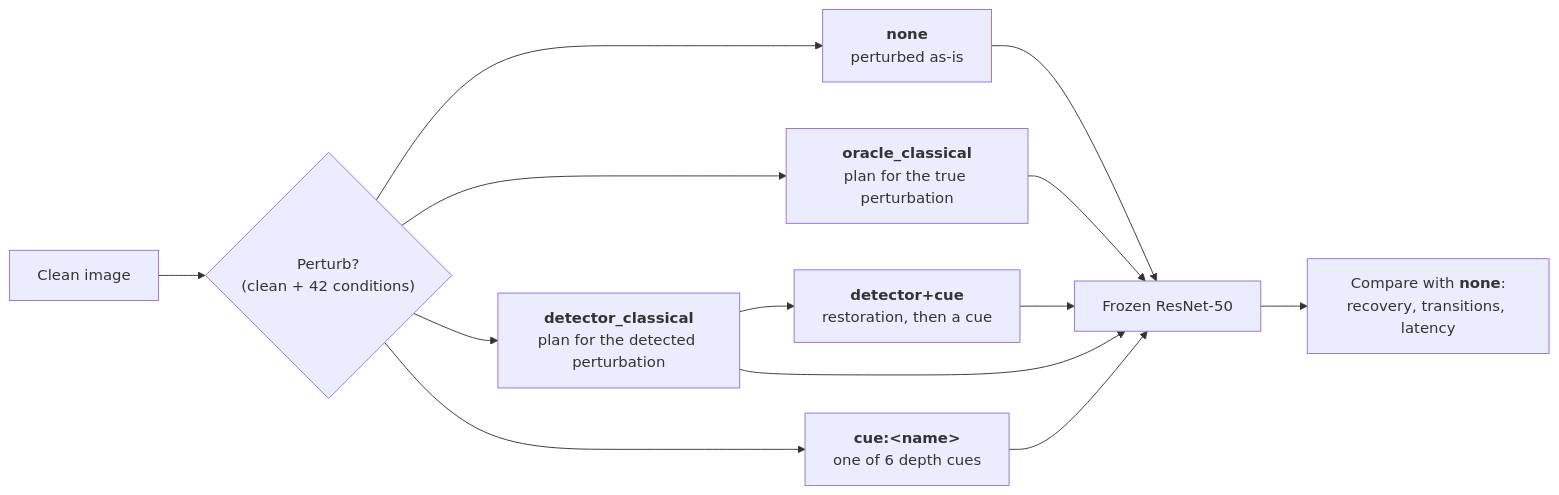
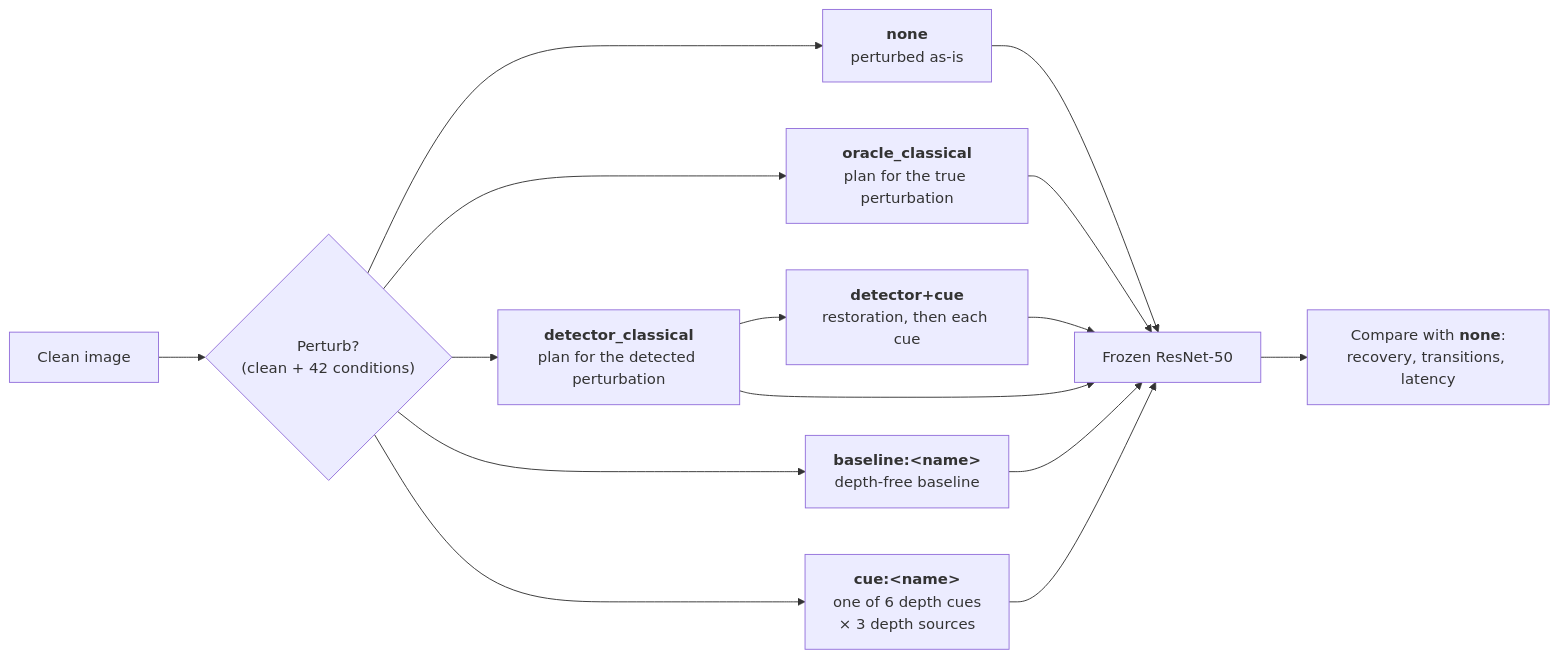
One commit to sumonesphantom/CSE_598_ODL_project changed the third of 3 diagrams in README.md. Above: the diagram before and after it, drawn with Mermaid. The commit also changed other lines of this file and 15 other files, not shown here.

````diff
--- a/README.md
+++ b/README.md
@@ -104,11 +109,12 @@
 ```mermaid
 flowchart LR
     X["Clean image"] --> Y{"Perturb?<br/>(clean + 42 conditions)"}
     Y --> N["<b>none</b><br/>perturbed as-is"]
     Y --> O["<b>oracle_classical</b><br/>plan for the true perturbation"]
     Y --> D["<b>detector_classical</b><br/>plan for the detected perturbation"]
-    Y --> C["<b>cue:&lt;name&gt;</b><br/>one of 6 depth cues"]
-    D --> DC["<b>detector+cue</b><br/>restoration, then a cue"]
-    N & O & D & C & DC --> R["Frozen ResNet-50"]
+    Y --> B["<b>baseline:&lt;name&gt;</b><br/>depth-free baseline"]
+    Y --> C["<b>cue:&lt;name&gt;</b><br/>one of 6 depth cues<br/>× 3 depth sources"]
+    D --> DC["<b>detector+cue</b><br/>restoration, then each cue"]
+    N & O & D & B & C & DC --> R["Frozen ResNet-50"]
     R --> M["Compare with <b>none</b>:<br/>recovery, transitions, latency"]
 ```
````
